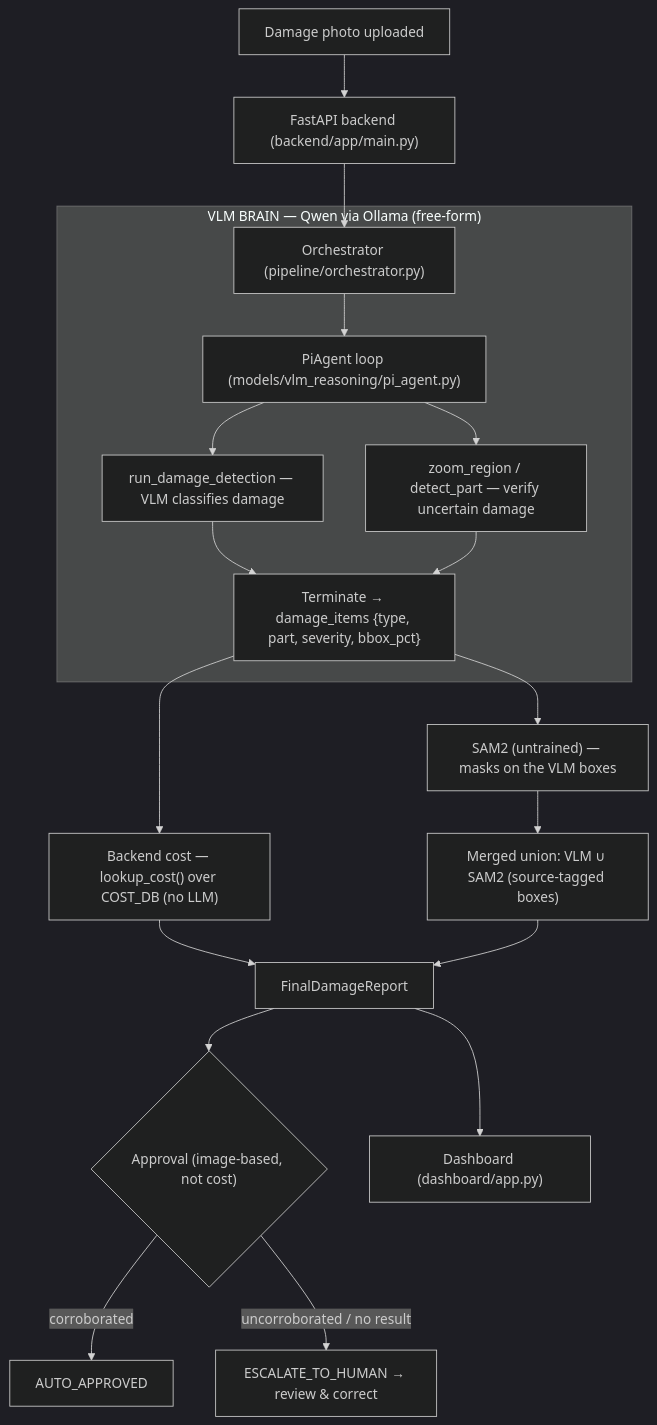
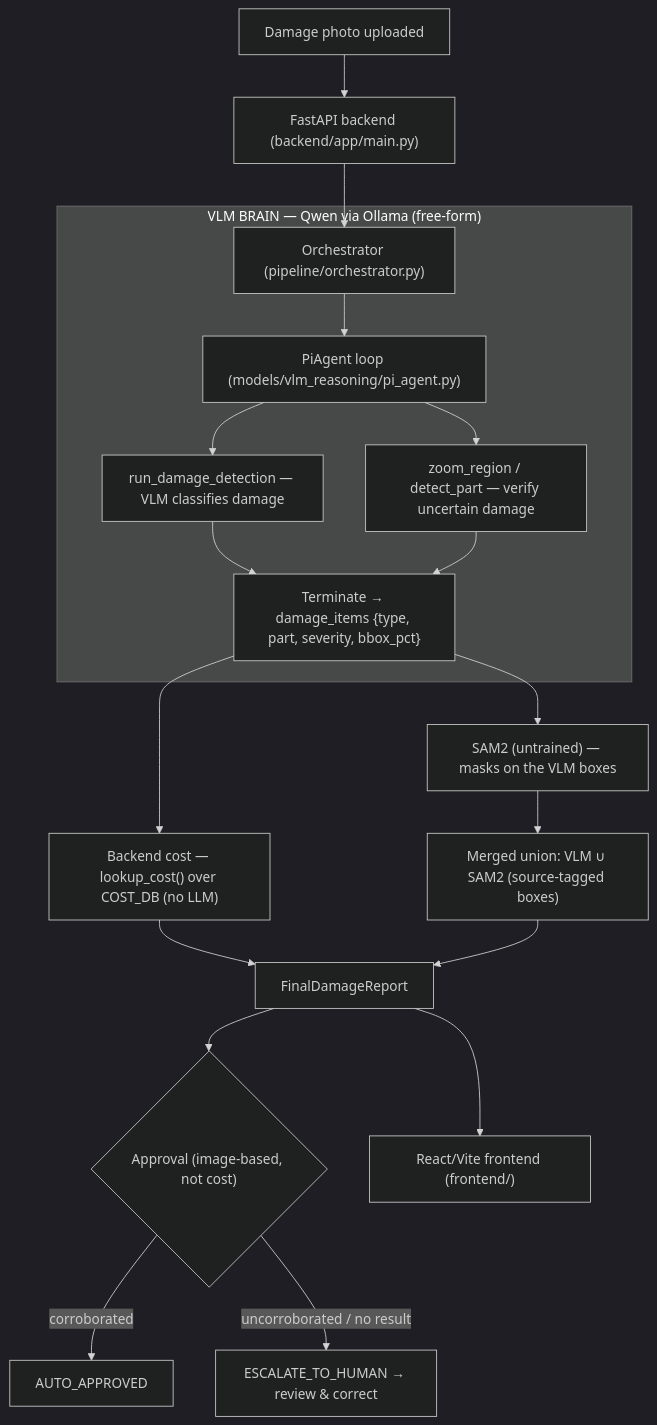
Before and after one commit to tjhalanigrid/gepa: the diagram in README.md, drawn with Mermaid (dark theme). The commit also changed other lines of this file, not shown here.

````diff
--- a/README.md
+++ b/README.md
@@ -38,24 +39,24 @@
 ```mermaid
 graph TD
     A["Damage photo uploaded"] --> B["FastAPI backend (backend/app/main.py)"]
     B --> C["Orchestrator (pipeline/orchestrator.py)"]
 
     subgraph brain["VLM BRAIN — Qwen via Ollama (free-form)"]
         C --> D["PiAgent loop (models/vlm_reasoning/pi_agent.py)"]
         D --> D1["run_damage_detection — VLM classifies damage"]
         D --> D2["zoom_region / detect_part — verify uncertain damage"]
         D1 --> D3["Terminate → damage_items {type, part, severity, bbox_pct}"]
         D2 --> D3
     end
 
     D3 --> E["Backend cost — lookup_cost() over COST_DB (no LLM)"]
     D3 --> F["SAM2 (untrained) — masks on the VLM boxes"]
     F --> G["Merged union: VLM ∪ SAM2 (source-tagged boxes)"]
 
     E --> H["FinalDamageReport"]
     G --> H
     H --> I{"Approval (image-based, not cost)"}
     I -->|corroborated| J["AUTO_APPROVED"]
     I -->|uncorroborated / no result| K["ESCALATE_TO_HUMAN → review & correct"]
-    H --> L["Dashboard (dashboard/app.py)"]
+    H --> L["React/Vite frontend (frontend/)"]
 ```
````
